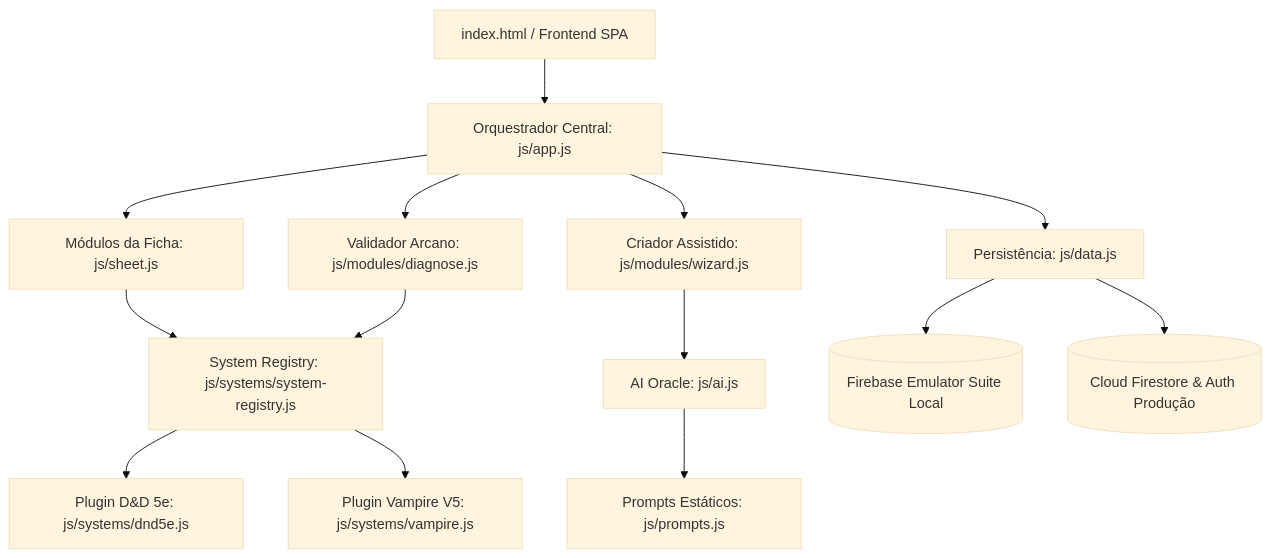
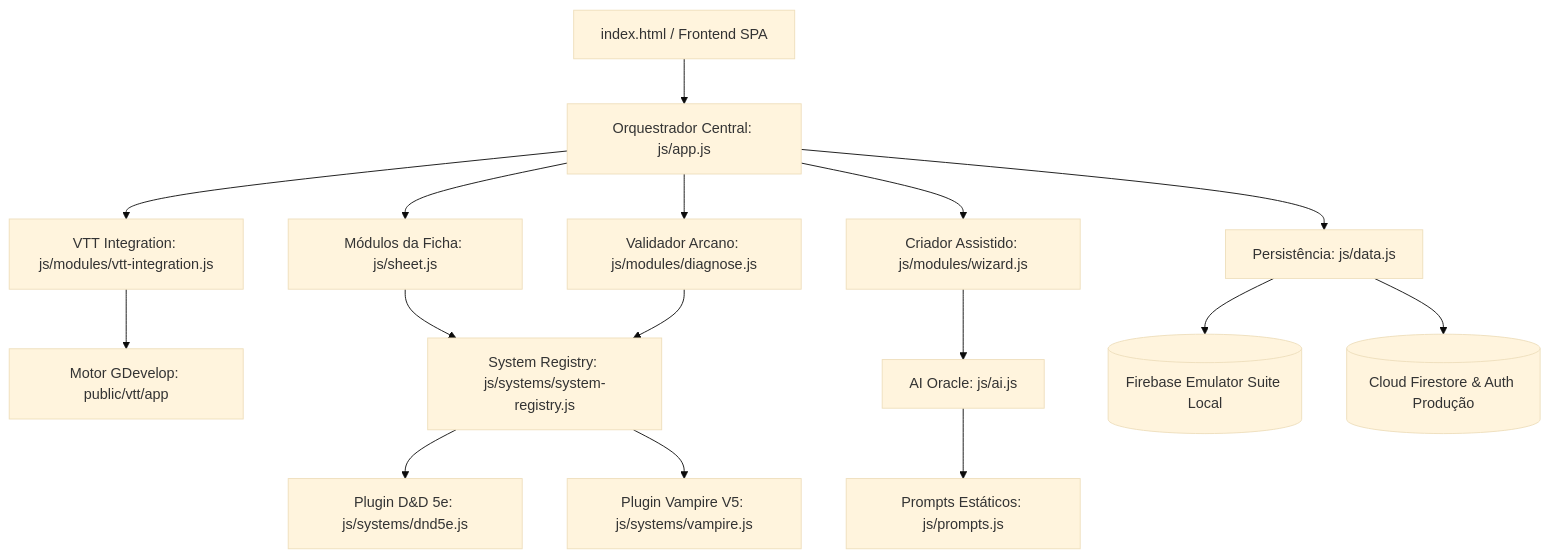
The diagram in readme.md (Leosdc/lyra-the-wise-webapp), drawn with Mermaid (base theme) before and after one commit. The commit also changed other lines of this file and 1 other file, not shown here.

````diff
--- a/readme.md
+++ b/readme.md
@@ -39,20 +78,23 @@
 ```mermaid
 graph TD
     A[index.html / Frontend SPA] --> B[Orquestrador Central: js/app.js]
     B --> C[Módulos da Ficha: js/sheet.js]
     B --> D[Criador Assistido: js/modules/wizard.js]
     B --> E[Validador Arcano: js/modules/diagnose.js]
+    B --> V[VTT Integration: js/modules/vtt-integration.js]
+    
+    V --> VTT[Motor GDevelop: public/vtt/app]
     
     D --> F[AI Oracle: js/ai.js]
     F --> G[Prompts Estáticos: js/prompts.js]
     
     C --> H[System Registry: js/systems/system-registry.js]
     E --> H
     
     H --> I[Plugin D&D 5e: js/systems/dnd5e.js]
     H --> J[Plugin Vampire V5: js/systems/vampire.js]
     
     B --> K[Persistência: js/data.js]
     K --> L[(Firebase Emulator Suite Local)]
     K --> M[(Cloud Firestore & Auth Produção)]
 ```
````
